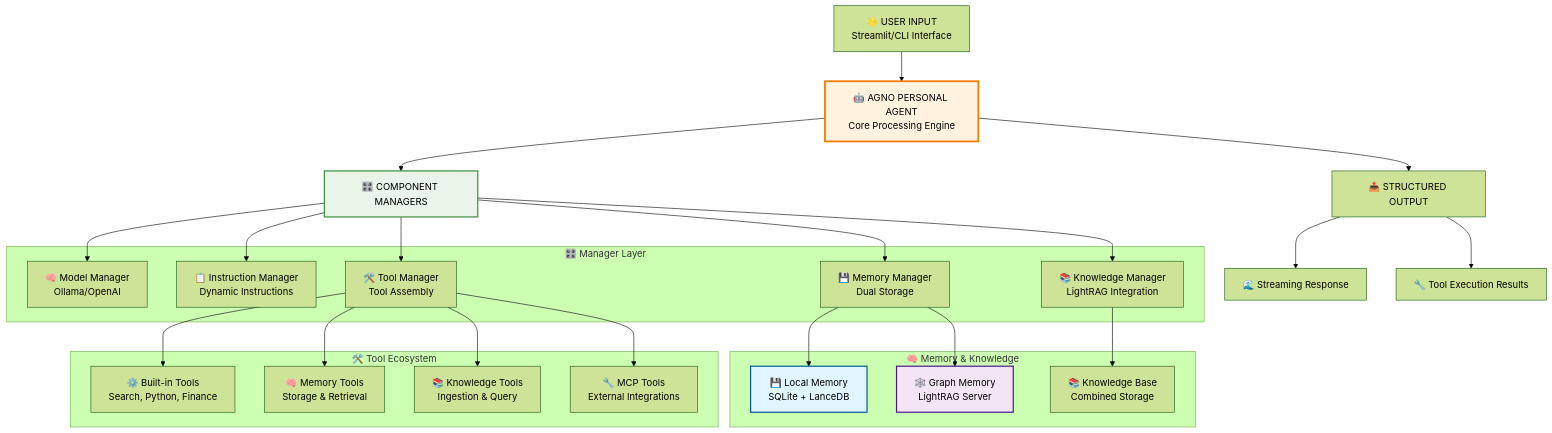
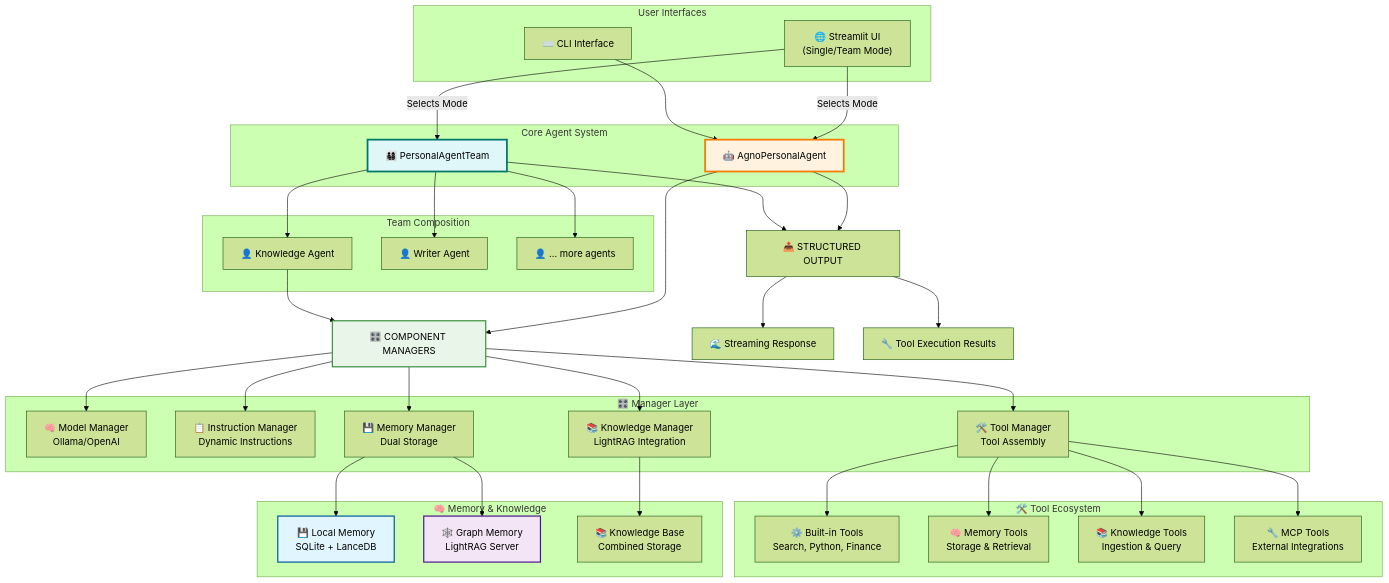
Before and after one commit to suchanek/personal_agent: the first of 2 diagrams in README.md, drawn with Mermaid (forest theme). The commit also changed other lines of this file and 11 other files, not shown here.

````diff
--- a/README.md
+++ b/README.md
@@ -168,51 +237,72 @@
 ```mermaid
-graph TB
-    UI[🌟 USER INPUT<br/>Streamlit/CLI Interface] --> AGENT[🤖 AGNO PERSONAL AGENT<br/>Core Processing Engine]
+graph TD
+    subgraph "User Interfaces"
+        UI_Streamlit["🌐 Streamlit UI<br/>(Single/Team Mode)"]
+        UI_CLI["⌨️ CLI Interface"]
+    end
+
+    subgraph "Core Agent System"
+        AGENT["🤖 AgnoPersonalAgent"]
+        TEAM["👨‍👩‍👧‍👦 PersonalAgentTeam"]
+    end
+
+    UI_Streamlit --> |"Selects Mode"| AGENT
+    UI_Streamlit --> |"Selects Mode"| TEAM
+    UI_CLI --> AGENT
+
+    subgraph "Team Composition"
+        TEAM --> Member1["👤 Knowledge Agent"]
+        TEAM --> Member2["👤 Writer Agent"]
+        TEAM --> Member3["👤 ... more agents"]
+    end
     
-    AGENT --> MANAGERS[🎛️ COMPONENT MANAGERS]
-    
+    AGENT --> MANAGERS["🎛️ COMPONENT MANAGERS"]
+    Member1 --> MANAGERS
+
     subgraph "🎛️ Manager Layer"
-        MODEL_MGR[🧠 Model Manager<br/>Ollama/OpenAI]
-        INST_MGR[📋 Instruction Manager<br/>Dynamic Instructions]
-        MEM_MGR[💾 Memory Manager<br/>Dual Storage]
-        KNOW_MGR[📚 Knowledge Manager<br/>LightRAG Integration]
-        TOOL_MGR[🛠️ Tool Manager<br/>Tool Assembly]
+        MODEL_MGR["🧠 Model Manager<br/>Ollama/OpenAI"]
+        INST_MGR["📋 Instruction Manager<br/>Dynamic Instructions"]
+        MEM_MGR["💾 Memory Manager<br/>Dual Storage"]
+        KNOW_MGR["📚 Knowledge Manager<br/>LightRAG Integration"]
+        TOOL_MGR["🛠️ Tool Manager<br/>Tool Assembly"]
     end
     
     MANAGERS --> MODEL_MGR
     MANAGERS --> INST_MGR
     MANAGERS --> MEM_MGR
     MANAGERS --> KNOW_MGR
     MANAGERS --> TOOL_MGR
     
     subgraph "🧠 Memory & Knowledge"
-        LOCAL_MEM[💾 Local Memory<br/>SQLite + LanceDB]
-        GRAPH_MEM[🕸️ Graph Memory<br/>LightRAG Server]
-        KNOWLEDGE[📚 Knowledge Base<br/>Combined Storage]
+        LOCAL_MEM["💾 Local Memory<br/>SQLite + LanceDB"]
+        GRAPH_MEM["🕸️ Graph Memory<br/>LightRAG Server"]
+        KNOWLEDGE["📚 Knowledge Base<br/>Combined Storage"]
     end
     
     MEM_MGR --> LOCAL_MEM
     MEM_MGR --> GRAPH_MEM
     KNOW_MGR --> KNOWLEDGE
     
     subgraph "🛠️ Tool Ecosystem"
-        BUILTIN[⚙️ Built-in Tools<br/>Search, Python, Finance]
-        MEMORY_TOOLS[🧠 Memory Tools<br/>Storage & Retrieval]
-        KNOWLEDGE_TOOLS[📚 Knowledge Tools<br/>Ingestion & Query]
-        MCP_TOOLS[🔧 MCP Tools<br/>External Integrations]
+        BUILTIN["⚙️ Built-in Tools<br/>Search, Python, Finance"]
+        MEMORY_TOOLS["🧠 Memory Tools<br/>Storage & Retrieval"]
+        KNOWLEDGE_TOOLS["📚 Knowledge Tools<br/>Ingestion & Query"]
+        MCP_TOOLS["🔧 MCP Tools<br/>External Integrations"]
     end
     
     TOOL_MGR --> BUILTIN
     TOOL_MGR --> MEMORY_TOOLS
     TOOL_MGR --> KNOWLEDGE_TOOLS
     TOOL_MGR --> MCP_TOOLS
     
-    AGENT --> OUTPUT[📤 STRUCTURED OUTPUT]
-    OUTPUT --> STREAM[🌊 Streaming Response]
-    OUTPUT --> TOOLS_CALLS[🔧 Tool Execution Results]
+    AGENT --> OUTPUT["📤 STRUCTURED OUTPUT"]
+    TEAM --> OUTPUT
+    OUTPUT --> STREAM["🌊 Streaming Response"]
+    OUTPUT --> TOOLS_CALLS["🔧 Tool Execution Results"]
     
     style AGENT fill:#fff3e0,stroke:#f57c00,stroke-width:3px
+    style TEAM fill:#e0f7fa,stroke:#00796b,stroke-width:3px
     style MANAGERS fill:#e8f5e8,stroke:#388e3c,stroke-width:2px
     style LOCAL_MEM fill:#e1f5fe,stroke:#01579b,stroke-width:2px
     style GRAPH_MEM fill:#f3e5f5,stroke:#4a148c,stroke-width:2px
 ```
````
